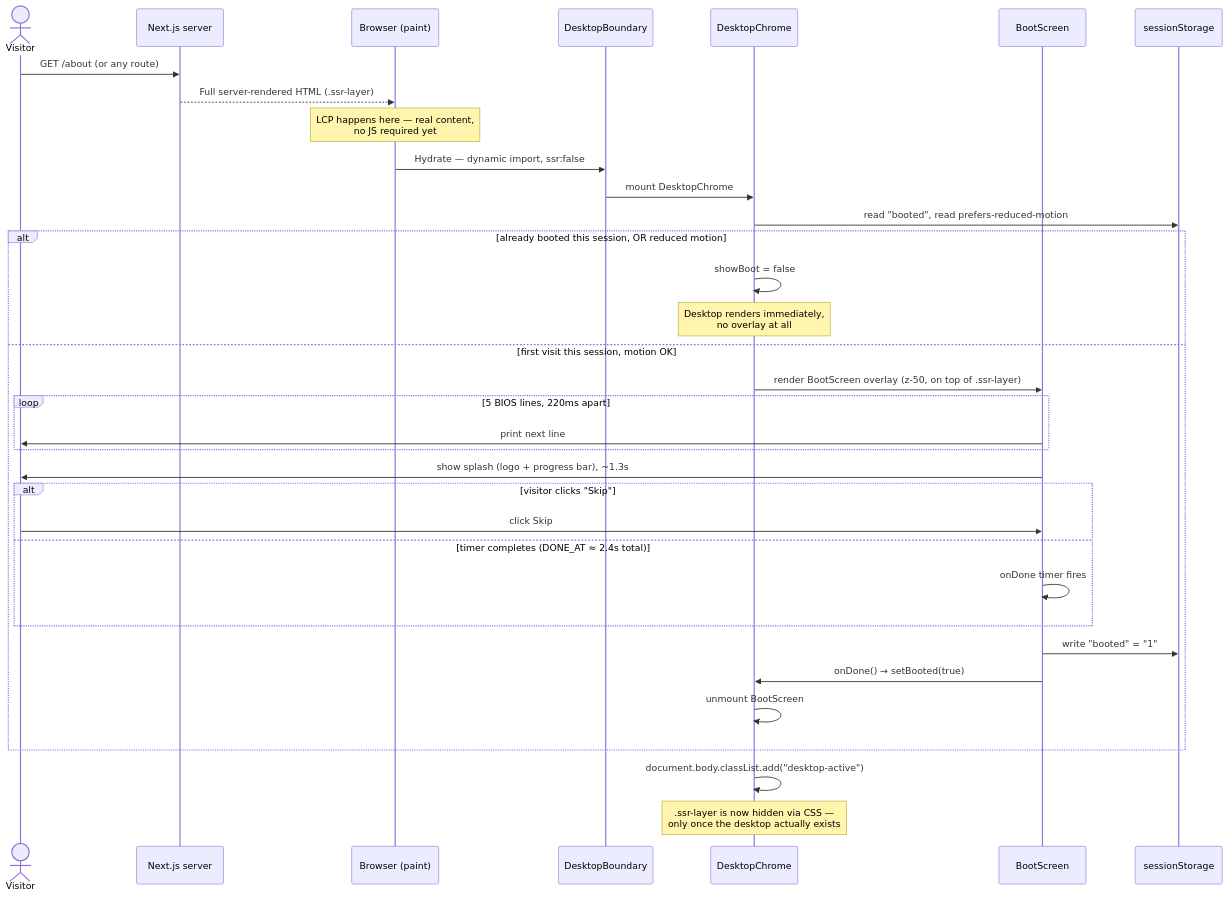
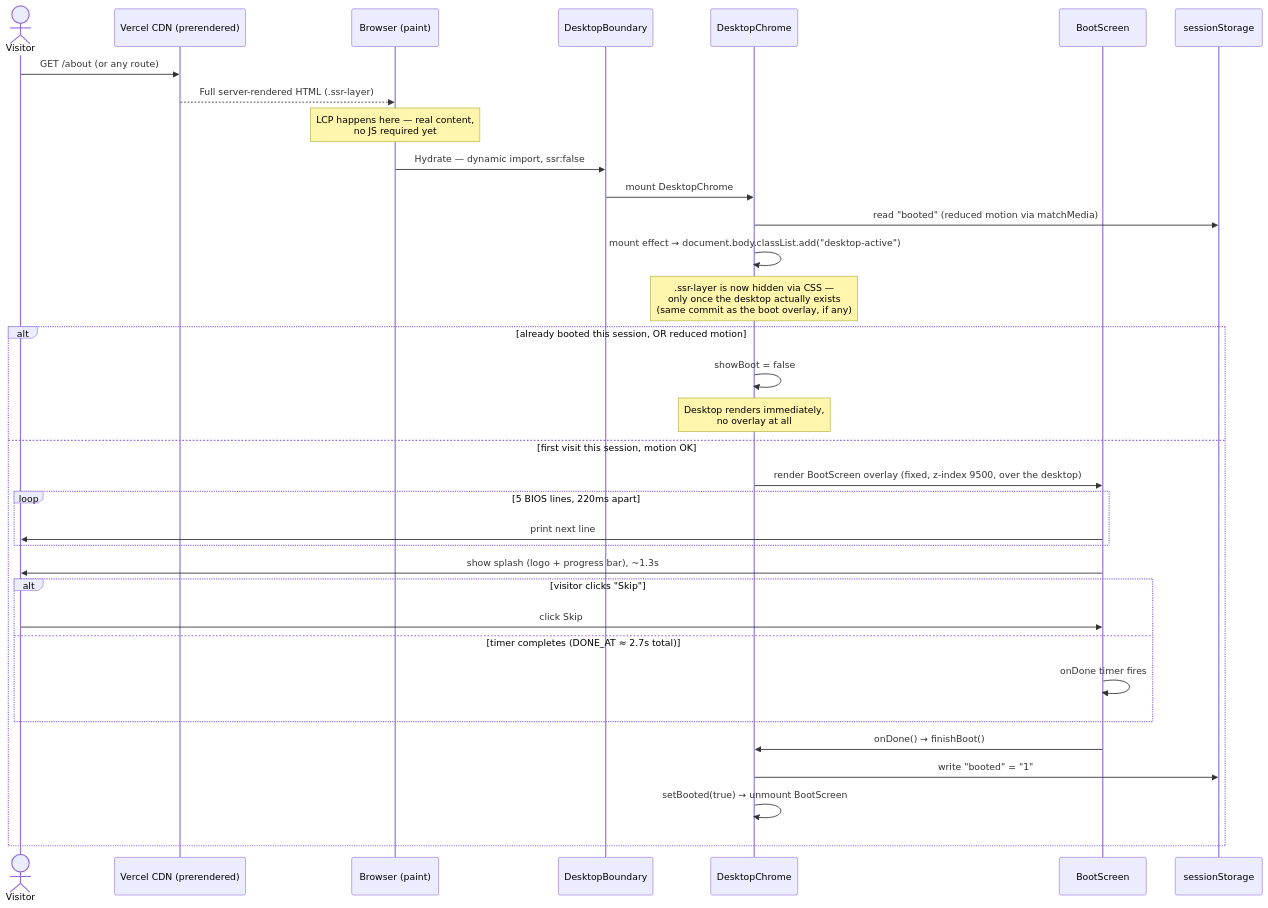
The diagram in diagrams/boot-sequence.md (carterptull/personal-portfolio-website), drawn with Mermaid before and after one commit. The commit also changed other lines of this file and 7 other files, not shown here.

Commit message:
Refreshed stale diagrams to match v1.2.0.

````diff
--- a/diagrams/boot-sequence.md
+++ b/diagrams/boot-sequence.md
@@ -7,40 +7,39 @@
 ```mermaid
 sequenceDiagram
     actor V as Visitor
-    participant S as Next.js server
+    participant S as Vercel CDN (prerendered)
     participant B as Browser (paint)
     participant DB as DesktopBoundary
     participant DC as DesktopChrome
     participant BS as BootScreen
     participant SS as sessionStorage
 
     V->>S: GET /about (or any route)
     S-->>B: Full server-rendered HTML (.ssr-layer)
     Note over B: LCP happens here — real content,<br/>no JS required yet
 
     B->>DB: Hydrate — dynamic import, ssr:false
     DB->>DC: mount DesktopChrome
-    DC->>SS: read "booted", read prefers-reduced-motion
+    DC->>SS: read "booted" (reduced motion via matchMedia)
+    DC->>DC: mount effect → document.body.classList.add("desktop-active")
+    Note over DC: .ssr-layer is now hidden via CSS —<br/>only once the desktop actually exists<br/>(same commit as the boot overlay, if any)
 
     alt already booted this session, OR reduced motion
         DC->>DC: showBoot = false
         Note over DC: Desktop renders immediately,<br/>no overlay at all
     else first visit this session, motion OK
-        DC->>BS: render BootScreen overlay (z-50, on top of .ssr-layer)
+        DC->>BS: render BootScreen overlay (fixed, z-index 9500, over the desktop)
         loop 5 BIOS lines, 220ms apart
             BS->>V: print next line
         end
         BS->>V: show splash (logo + progress bar), ~1.3s
         alt visitor clicks "Skip"
             V->>BS: click Skip
-        else timer completes (DONE_AT ≈ 2.4s total)
+        else timer completes (DONE_AT ≈ 2.7s total)
             BS->>BS: onDone timer fires
         end
-        BS->>SS: write "booted" = "1"
-        BS->>DC: onDone() → setBooted(true)
-        DC->>DC: unmount BootScreen
+        BS->>DC: onDone() → finishBoot()
+        DC->>SS: write "booted" = "1"
+        DC->>DC: setBooted(true) → unmount BootScreen
     end
-
-    DC->>DC: document.body.classList.add("desktop-active")
-    Note over DC: .ssr-layer is now hidden via CSS —<br/>only once the desktop actually exists
 ```
````
